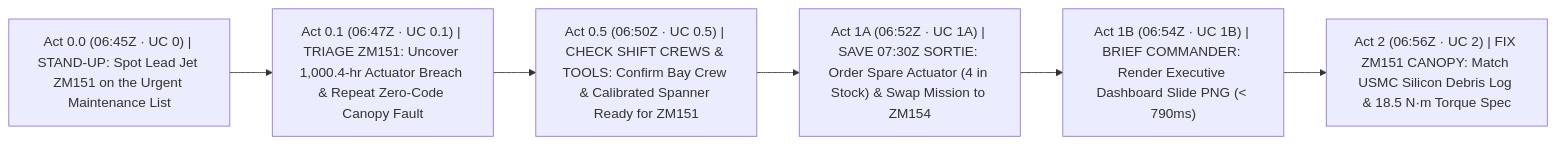
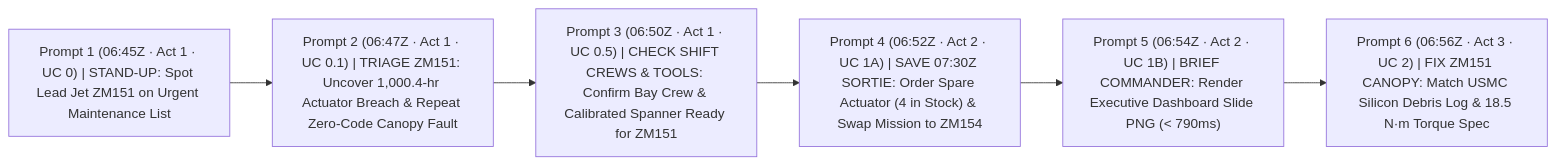
The first of 4 diagrams in DEMO_STORYBOARD.md (edwardsda-prog/f35), drawn with Mermaid before and after one commit. The commit also changed other lines of this file and 17 other files, not shown here.

````diff
--- a/DEMO_STORYBOARD.md
+++ b/DEMO_STORYBOARD.md
@@ -29,8 +29,8 @@
 ```mermaid
 flowchart LR
-    A0["Act 0.0 (06:45Z · UC 0) | STAND-UP: Spot Lead Jet ZM151 on the Urgent Maintenance List"] --> A01["Act 0.1 (06:47Z · UC 0.1) | TRIAGE ZM151: Uncover 1,000.4-hr Actuator Breach & Repeat Zero-Code Canopy Fault"]
-    A01 --> A05["Act 0.5 (06:50Z · UC 0.5) | CHECK SHIFT CREWS & TOOLS: Confirm Bay Crew & Calibrated Spanner Ready for ZM151"]
-    A05 --> A1A["Act 1A (06:52Z · UC 1A) | SAVE 07:30Z SORTIE: Order Spare Actuator (4 in Stock) & Swap Mission to ZM154"]
-    A1A --> A1B["Act 1B (06:54Z · UC 1B) | BRIEF COMMANDER: Render Executive Dashboard Slide PNG (< 790ms)"]
-    A1B --> A2["Act 2 (06:56Z · UC 2) | FIX ZM151 CANOPY: Match USMC Silicon Debris Log & 18.5 N·m Torque Spec"]
+    P1["Prompt 1 (06:45Z · Act 1 · UC 0) | STAND-UP: Spot Lead Jet ZM151 on Urgent Maintenance List"] --> P2["Prompt 2 (06:47Z · Act 1 · UC 0.1) | TRIAGE ZM151: Uncover 1,000.4-hr Actuator Breach & Repeat Zero-Code Canopy Fault"]
+    P2 --> P3["Prompt 3 (06:50Z · Act 1 · UC 0.5) | CHECK SHIFT CREWS & TOOLS: Confirm Bay Crew & Calibrated Spanner Ready for ZM151"]
+    P3 --> P4["Prompt 4 (06:52Z · Act 2 · UC 1A) | SAVE 07:30Z SORTIE: Order Spare Actuator (4 in Stock) & Swap Mission to ZM154"]
+    P4 --> P5["Prompt 5 (06:54Z · Act 2 · UC 1B) | BRIEF COMMANDER: Render Executive Dashboard Slide PNG (< 790ms)"]
+    P5 --> P6["Prompt 6 (06:56Z · Act 3 · UC 2) | FIX ZM151 CANOPY: Match USMC Silicon Debris Log & 18.5 N·m Torque Spec"]
 ```
````
